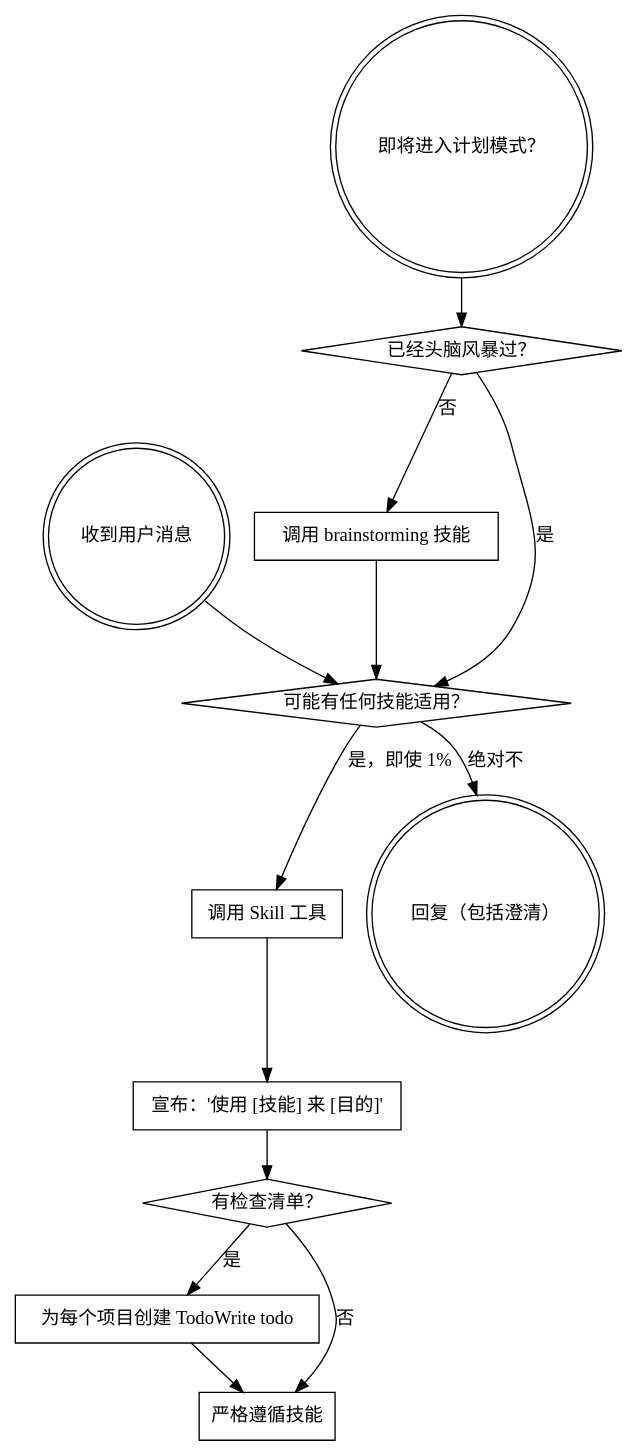
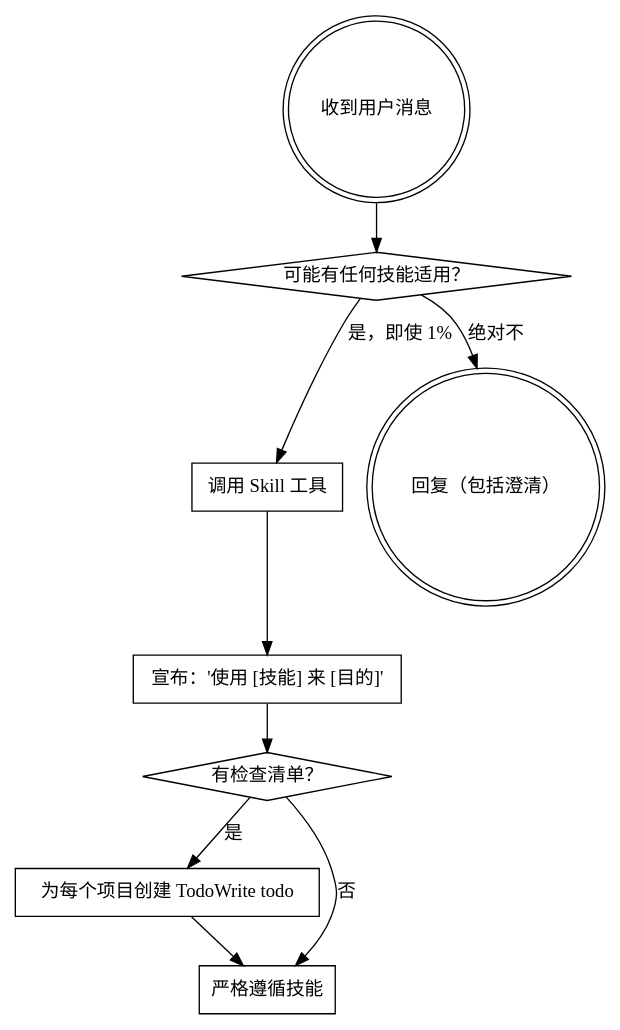
Before and after one commit to BigSword123/superpowers-cn: the diagram in skills/using-superpowers/SKILL.md, drawn with Graphviz. The commit also changed other lines of this file and 55 other files, not shown here.

````diff
--- a/skills/using-superpowers/SKILL.md
+++ b/skills/using-superpowers/SKILL.md
@@ -48,29 +38,21 @@
 ```dot
 digraph skill_flow {
     "收到用户消息" [shape=doublecircle];
-    "即将进入计划模式？" [shape=doublecircle];
-    "已经头脑风暴过？" [shape=diamond];
-    "调用 brainstorming 技能" [shape=box];
     "可能有任何技能适用？" [shape=diamond];
     "调用 Skill 工具" [shape=box];
     "宣布：'使用 [技能] 来 [目的]'" [shape=box];
     "有检查清单？" [shape=diamond];
     "为每个项目创建 TodoWrite todo" [shape=box];
     "严格遵循技能" [shape=box];
     "回复（包括澄清）" [shape=doublecircle];
-
-    "即将进入计划模式？" -> "已经头脑风暴过？";
-    "已经头脑风暴过？" -> "调用 brainstorming 技能" [label="否"];
-    "已经头脑风暴过？" -> "可能有任何技能适用？" [label="是"];
-    "调用 brainstorming 技能" -> "可能有任何技能适用？";
 
     "收到用户消息" -> "可能有任何技能适用？";
     "可能有任何技能适用？" -> "调用 Skill 工具" [label="是，即使 1%"];
     "可能有任何技能适用？" -> "回复（包括澄清）" [label="绝对不"];
     "调用 Skill 工具" -> "宣布：'使用 [技能] 来 [目的]'";
     "宣布：'使用 [技能] 来 [目的]'" -> "有检查清单？";
     "有检查清单？" -> "为每个项目创建 TodoWrite todo" [label="是"];
     "有检查清单？" -> "严格遵循技能" [label="否"];
     "为每个项目创建 TodoWrite todo" -> "严格遵循技能";
 }
 ```
````
